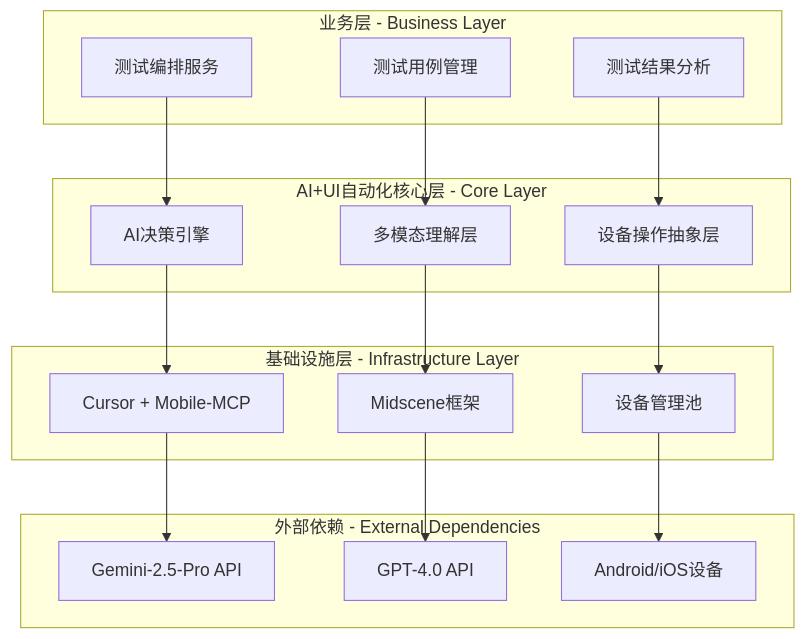
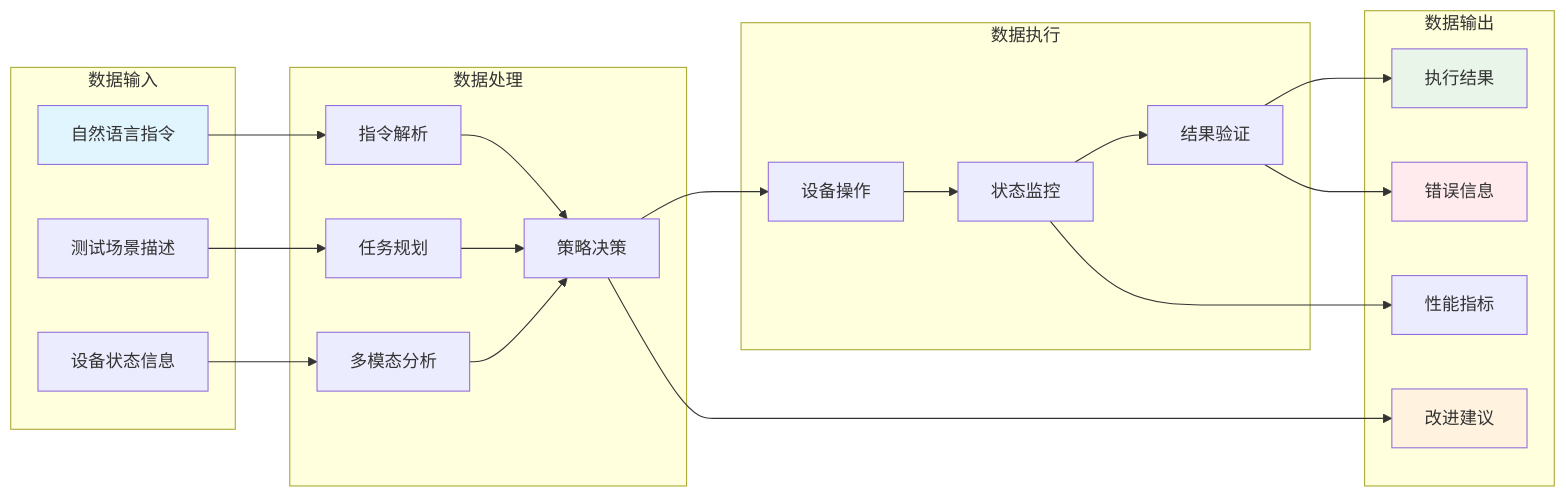
Before and after one commit to zhuozp/AI-UI-: the third of 30 diagrams in Tech.md, drawn with Mermaid. The commit also changed other lines of this file, not shown here.

````diff
--- a/Tech.md
+++ b/Tech.md
@@ -92,36 +231,47 @@
 ```mermaid
-graph TB
-    subgraph "业务层 - Business Layer"
-        A[测试编排服务]
-        B[测试用例管理]
-        C[测试结果分析]
+graph LR
+    subgraph "数据输入"
+        A[自然语言指令]
+        B[测试场景描述]
+        C[设备状态信息]
     end
     
-    subgraph "AI+UI自动化核心层 - Core Layer"
-        D[AI决策引擎]
-        E[多模态理解层]
-        F[设备操作抽象层]
+    subgraph "数据处理"
+        D[指令解析]
+        E[任务规划]
+        F[多模态分析]
+        G[策略决策]
     end
     
-    subgraph "基础设施层 - Infrastructure Layer"
-        G[Cursor + Mobile-MCP]
-        H[Midscene框架]
-        I[设备管理池]
+    subgraph "数据执行"
+        H[设备操作]
+        I[状态监控]
+        J[结果验证]
     end
     
-    subgraph "外部依赖 - External Dependencies"
-        J[Gemini-2.5-Pro API]
-        K[GPT-4.0 API]
-        L[Android/iOS设备]
+    subgraph "数据输出"
+        K[执行结果]
+        L[性能指标]
+        M[错误信息]
+        N[改进建议]
     end
     
     A --> D
     B --> E
     C --> F
     D --> G
-    E --> H
-    F --> I
-    G --> J
-    H --> K
+    E --> G
+    F --> G
+    G --> H
+    H --> I
+    I --> J
+    J --> K
     I --> L
+    J --> M
+    G --> N
+    
+    style A fill:#e1f5fe
+    style K fill:#e8f5e8
+    style M fill:#ffebee
+    style N fill:#fff3e0
 ```
````
